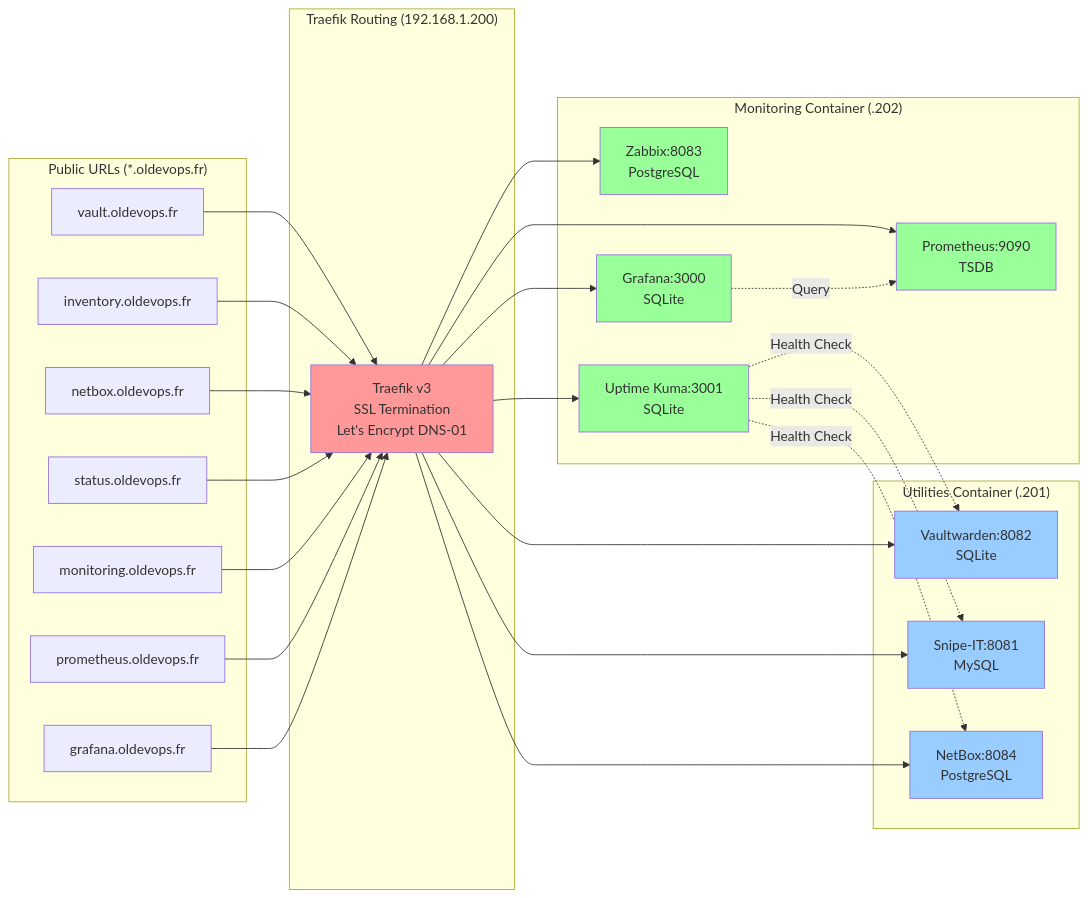
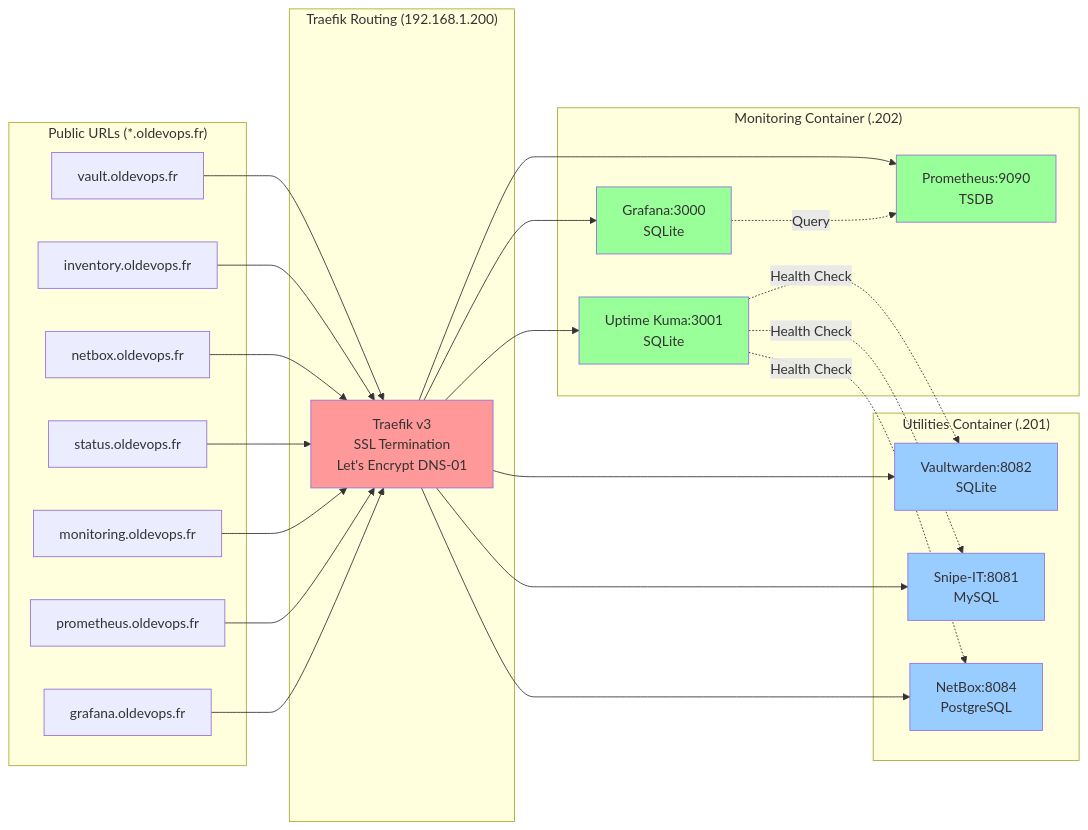
The second of 10 diagrams in docs/architecture/architecture-diagrams.md (HibOOps/infra-oldevops), drawn with Mermaid before and after one commit. The commit also changed other lines of this file and 39 other files, not shown here.

````diff
--- a/docs/architecture/architecture-diagrams.md
+++ b/docs/architecture/architecture-diagrams.md
@@ -94,59 +91,56 @@
 ```mermaid
 graph LR
     subgraph "Public URLs (*.oldevops.fr)"
         V[vault.oldevops.fr]
         I[inventory.oldevops.fr]
         N[netbox.oldevops.fr]
         S[status.oldevops.fr]
         M[monitoring.oldevops.fr]
         P[prometheus.oldevops.fr]
         G[grafana.oldevops.fr]
     end
 
     subgraph "Traefik Routing (192.168.1.200)"
         TR[Traefik v3<br/>SSL Termination<br/>Let's Encrypt DNS-01]
     end
 
     subgraph "Utilities Container (.201)"
         VW[Vaultwarden:8082<br/>SQLite]
         SI[Snipe-IT:8081<br/>MySQL]
         NB[NetBox:8084<br/>PostgreSQL]
     end
 
     subgraph "Monitoring Container (.202)"
-        ZB[Zabbix:8083<br/>PostgreSQL]
         UK[Uptime Kuma:3001<br/>SQLite]
         PM[Prometheus:9090<br/>TSDB]
         GF[Grafana:3000<br/>SQLite]
     end
 
     V --> TR
     I --> TR
     N --> TR
     S --> TR
     M --> TR
     P --> TR
     G --> TR
 
     TR --> VW
     TR --> SI
     TR --> NB
-    TR --> ZB
     TR --> UK
     TR --> PM
     TR --> GF
 
     GF -.->|Query| PM
     UK -.->|Health Check| VW
     UK -.->|Health Check| SI
     UK -.->|Health Check| NB
 
     style TR fill:#ff9999
     style VW fill:#99ccff
     style SI fill:#99ccff
     style NB fill:#99ccff
-    style ZB fill:#99ff99
     style UK fill:#99ff99
     style PM fill:#99ff99
     style GF fill:#99ff99
 ```
````
